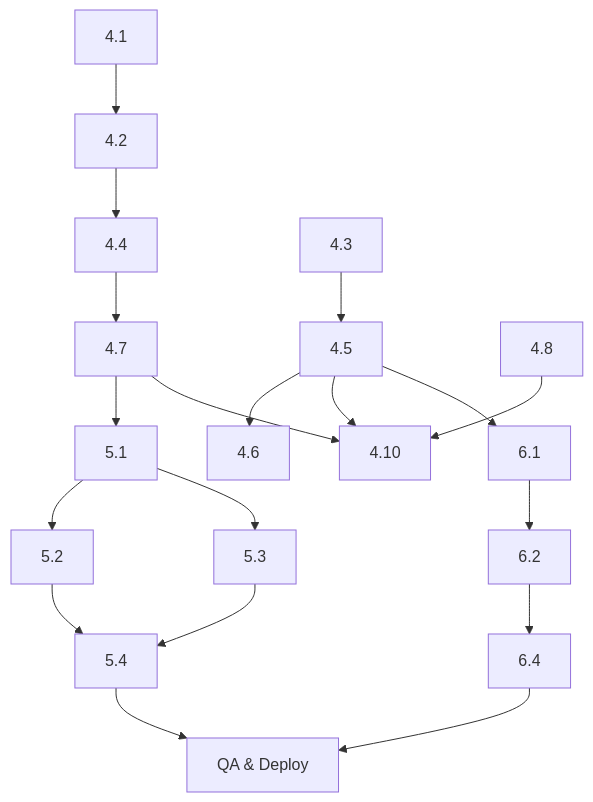
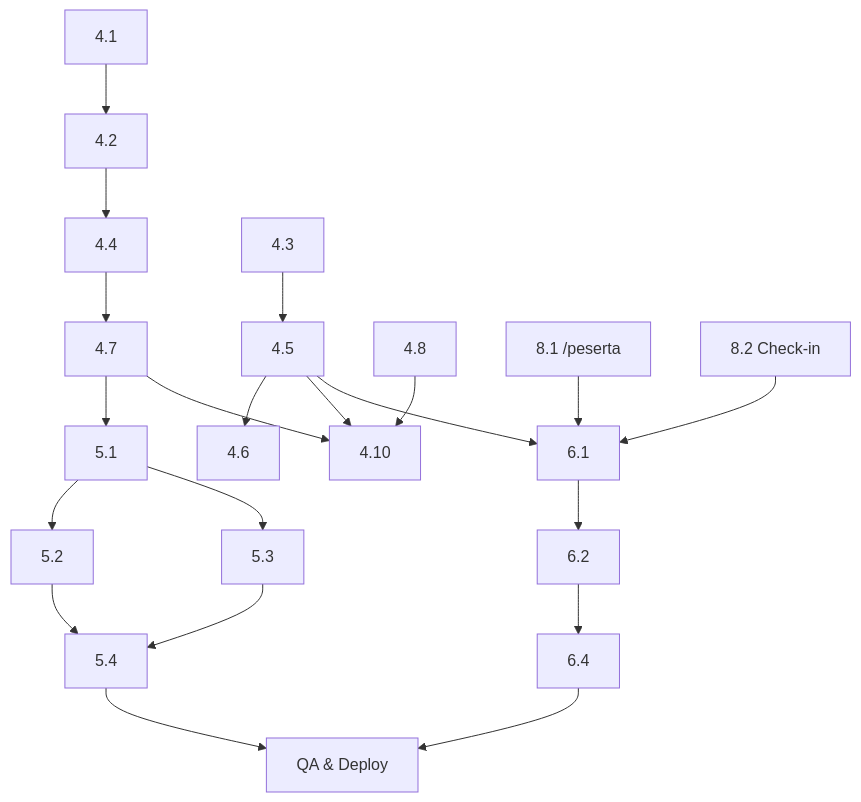
One commit to ivanpwh/sp-portal-Op4.8 changed the second of 2 diagrams in docs/SP_Portal_Task_Breakdown_v1.0.md. Above: the diagram before and after it, drawn with Mermaid. The commit also changed other lines of this file and 26 other files, not shown here.

````diff
--- a/docs/SP_Portal_Task_Breakdown_v1.0.md
+++ b/docs/SP_Portal_Task_Breakdown_v1.0.md
@@ -165,9 +201,11 @@
 ```mermaid
 graph TD
   4.1 --> 4.2 --> 4.4 --> 4.7
   4.3 --> 4.5 --> 4.6
   4.7 --> 5.1 --> 5.2 & 5.3 --> 5.4
   4.5 & 4.7 & 4.8 --> 4.10
   4.5 --> 6.1 --> 6.2 --> 6.4
+  8.1[8.1 /peserta] --> 6.1
+  8.2[8.2 Check-in] --> 6.1
   5.4 & 6.4 --> 7.x[QA & Deploy]
 ```
````
